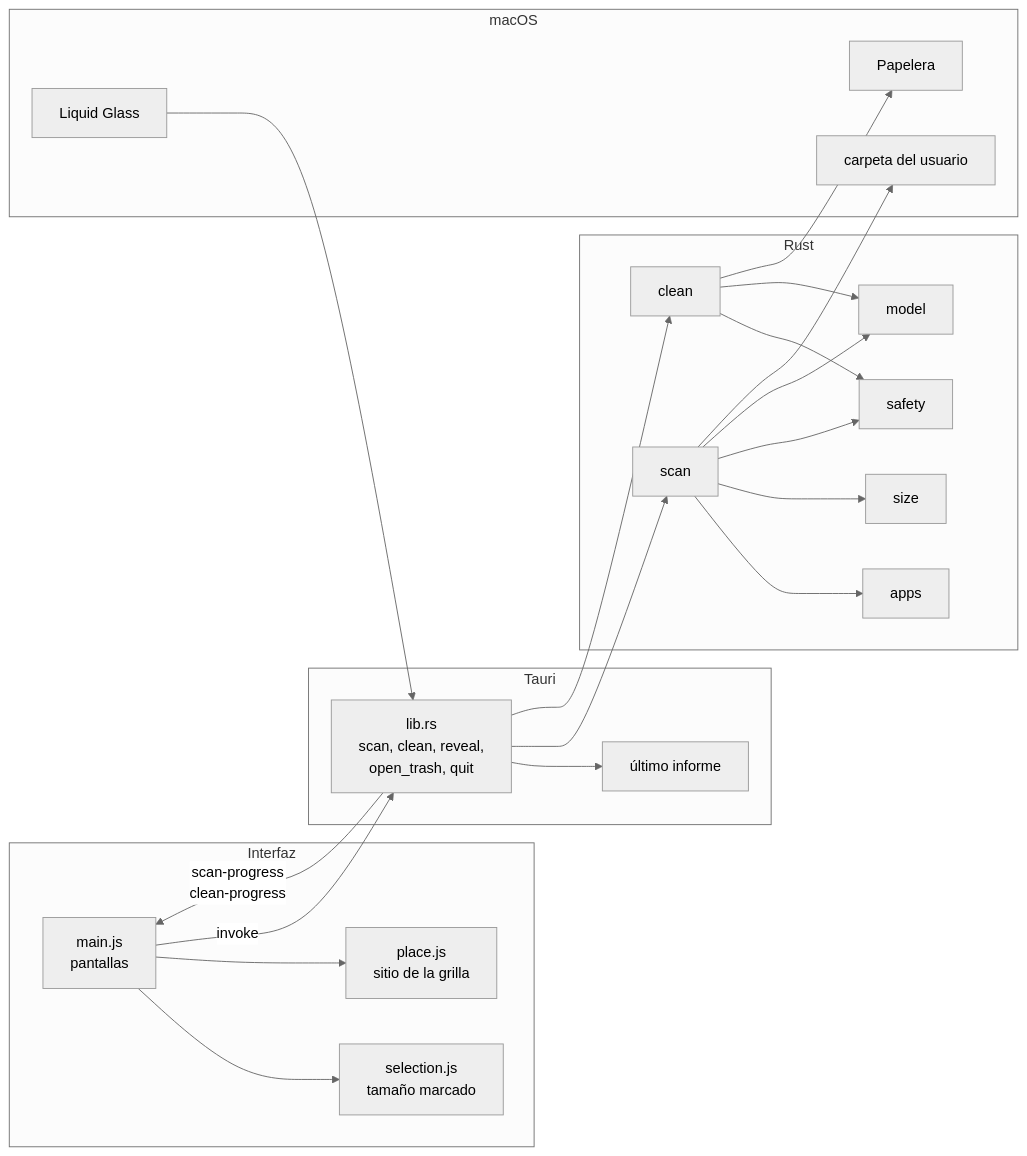
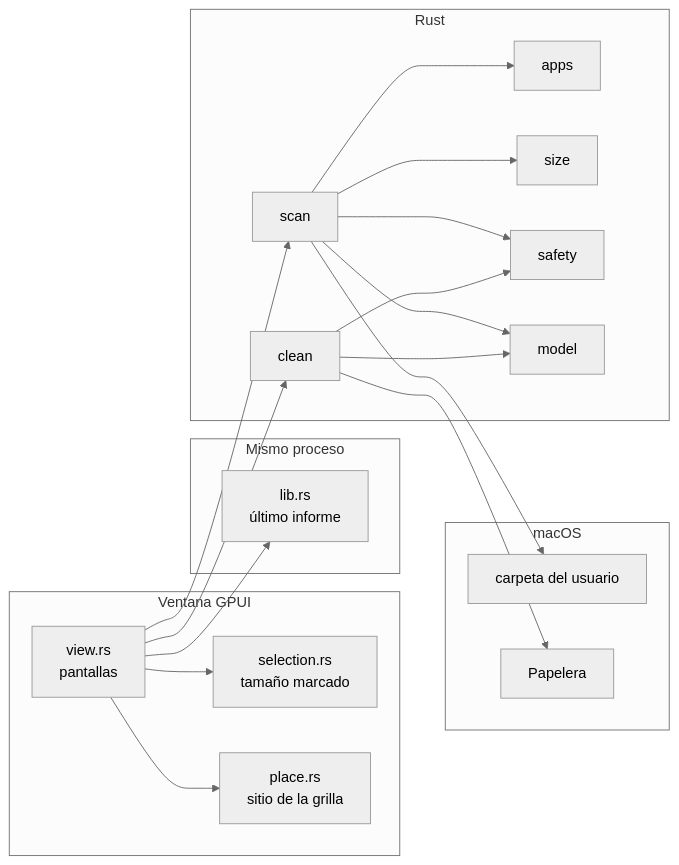
Before and after one commit to zknchile/LimpiarMyMac: the diagram in README.md, drawn with Mermaid (neutral theme). The commit also changed other lines of this file and 31 other files, not shown here.

Commit message:
Sustituye la ventana WebKit por GPUI.

````diff
--- a/README.md
+++ b/README.md
@@ -73,45 +72,40 @@
 ```mermaid
 flowchart LR
-  subgraph ui [Interfaz]
-    view["main.js<br/>pantallas"]
-    selection["selection.js<br/>tamaño marcado"]
-    place["place.js<br/>sitio de la grilla"]
+  subgraph ui [Ventana GPUI]
+    view["view.rs<br/>pantallas"]
+    selection["selection.rs<br/>tamaño marcado"]
+    place["place.rs<br/>sitio de la grilla"]
   end
 
-  subgraph bridge [Tauri]
-    commands["lib.rs<br/>scan, clean, reveal,<br/>open_trash, quit"]
-    state["último informe"]
+  subgraph state [Mismo proceso]
+    session["lib.rs<br/>último informe"]
   end
 
   subgraph core [Rust]
     scanmod[scan]
     appsmod[apps]
     sizemod[size]
     safemod[safety]
     cleanmod[clean]
     modelmod[model]
   end
 
   subgraph host [macOS]
     disk[carpeta del usuario]
     trash[Papelera]
-    glass[Liquid Glass]
   end
 
   view --> selection
   view --> place
-  view -->|"invoke"| commands
-  commands -->|"scan-progress<br/>clean-progress"| view
-  commands --> state
-  commands --> scanmod
-  commands --> cleanmod
+  view --> session
+  view --> scanmod
+  view --> cleanmod
   scanmod --> appsmod
   scanmod --> sizemod
   scanmod --> safemod
   cleanmod --> safemod
   scanmod --> modelmod
   cleanmod --> modelmod
   scanmod --> disk
   cleanmod --> trash
-  glass --> commands
 ```
````
